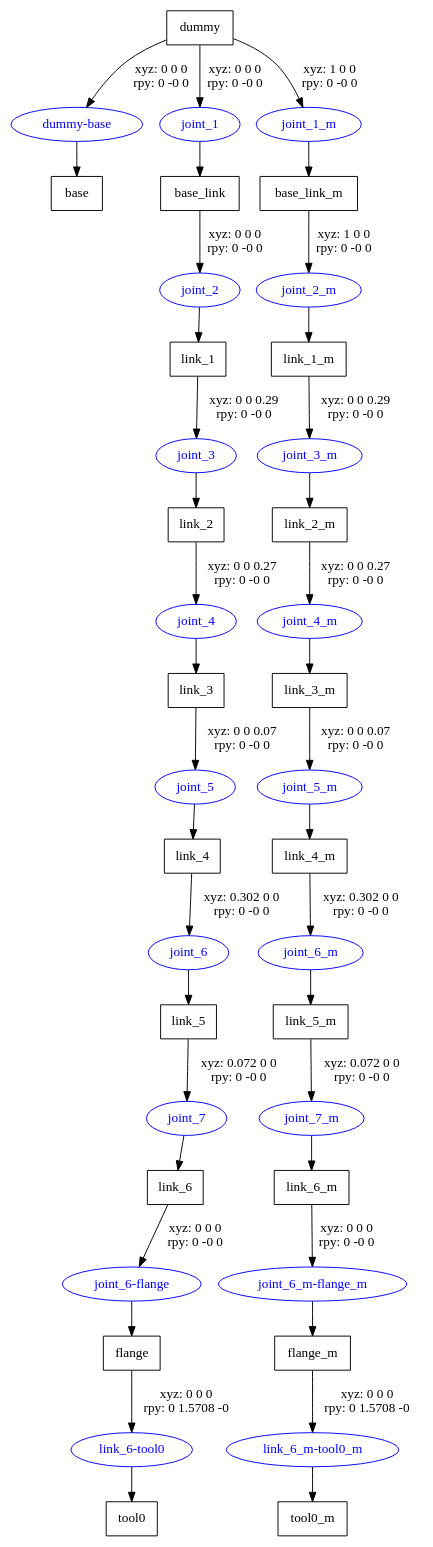
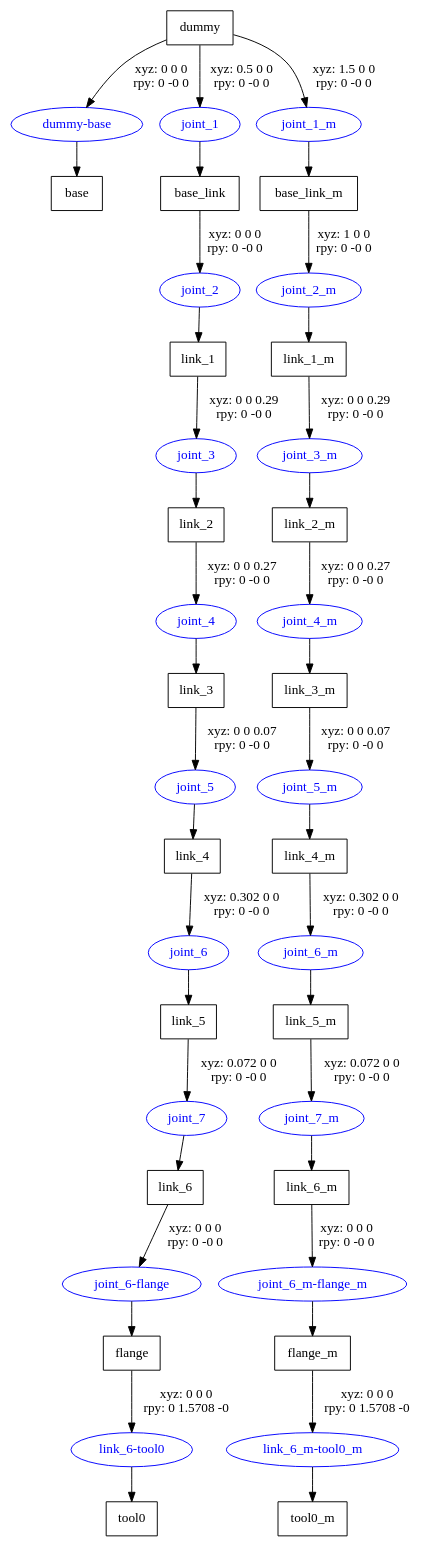
One commit to raghavvs/test_irb120 changed the diagram in abb_irb120_support/urdf/abb_irb120_3_58.gv. Above: the diagram before and after it, drawn with Graphviz. The commit also changed 8 other files, not shown here.

```diff
--- a/abb_irb120_support/urdf/abb_irb120_3_58.gv
+++ b/abb_irb120_support/urdf/abb_irb120_3_58.gv
@@ -1,62 +1,62 @@
 digraph G {
 node [shape=box];
 "dummy" [label="dummy"];
 "base" [label="base"];
 "base_link" [label="base_link"];
 "link_1" [label="link_1"];
 "link_2" [label="link_2"];
 "link_3" [label="link_3"];
 "link_4" [label="link_4"];
 "link_5" [label="link_5"];
 "link_6" [label="link_6"];
 "flange" [label="flange"];
 "tool0" [label="tool0"];
 "base_link_m" [label="base_link_m"];
 "link_1_m" [label="link_1_m"];
 "link_2_m" [label="link_2_m"];
 "link_3_m" [label="link_3_m"];
 "link_4_m" [label="link_4_m"];
 "link_5_m" [label="link_5_m"];
 "link_6_m" [label="link_6_m"];
 "flange_m" [label="flange_m"];
 "tool0_m" [label="tool0_m"];
 node [shape=ellipse, color=blue, fontcolor=blue];
 "dummy" -> "dummy-base" [label="xyz: 0 0 0 \nrpy: 0 -0 0"]
 "dummy-base" -> "base"
-"dummy" -> "joint_1" [label="xyz: 0 0 0 \nrpy: 0 -0 0"]
+"dummy" -> "joint_1" [label="xyz: 0.5 0 0 \nrpy: 0 -0 0"]
 "joint_1" -> "base_link"
 "base_link" -> "joint_2" [label="xyz: 0 0 0 \nrpy: 0 -0 0"]
 "joint_2" -> "link_1"
 "link_1" -> "joint_3" [label="xyz: 0 0 0.29 \nrpy: 0 -0 0"]
 "joint_3" -> "link_2"
 "link_2" -> "joint_4" [label="xyz: 0 0 0.27 \nrpy: 0 -0 0"]
 "joint_4" -> "link_3"
 "link_3" -> "joint_5" [label="xyz: 0 0 0.07 \nrpy: 0 -0 0"]
 "joint_5" -> "link_4"
 "link_4" -> "joint_6" [label="xyz: 0.302 0 0 \nrpy: 0 -0 0"]
 "joint_6" -> "link_5"
 "link_5" -> "joint_7" [label="xyz: 0.072 0 0 \nrpy: 0 -0 0"]
 "joint_7" -> "link_6"
 "link_6" -> "joint_6-flange" [label="xyz: 0 0 0 \nrpy: 0 -0 0"]
 "joint_6-flange" -> "flange"
 "flange" -> "link_6-tool0" [label="xyz: 0 0 0 \nrpy: 0 1.5708 -0"]
 "link_6-tool0" -> "tool0"
-"dummy" -> "joint_1_m" [label="xyz: 1 0 0 \nrpy: 0 -0 0"]
+"dummy" -> "joint_1_m" [label="xyz: 1.5 0 0 \nrpy: 0 -0 0"]
 "joint_1_m" -> "base_link_m"
 "base_link_m" -> "joint_2_m" [label="xyz: 1 0 0 \nrpy: 0 -0 0"]
 "joint_2_m" -> "link_1_m"
 "link_1_m" -> "joint_3_m" [label="xyz: 0 0 0.29 \nrpy: 0 -0 0"]
 "joint_3_m" -> "link_2_m"
 "link_2_m" -> "joint_4_m" [label="xyz: 0 0 0.27 \nrpy: 0 -0 0"]
 "joint_4_m" -> "link_3_m"
 "link_3_m" -> "joint_5_m" [label="xyz: 0 0 0.07 \nrpy: 0 -0 0"]
 "joint_5_m" -> "link_4_m"
 "link_4_m" -> "joint_6_m" [label="xyz: 0.302 0 0 \nrpy: 0 -0 0"]
 "joint_6_m" -> "link_5_m"
 "link_5_m" -> "joint_7_m" [label="xyz: 0.072 0 0 \nrpy: 0 -0 0"]
 "joint_7_m" -> "link_6_m"
 "link_6_m" -> "joint_6_m-flange_m" [label="xyz: 0 0 0 \nrpy: 0 -0 0"]
 "joint_6_m-flange_m" -> "flange_m"
 "flange_m" -> "link_6_m-tool0_m" [label="xyz: 0 0 0 \nrpy: 0 1.5708 -0"]
 "link_6_m-tool0_m" -> "tool0_m"
 }
```
